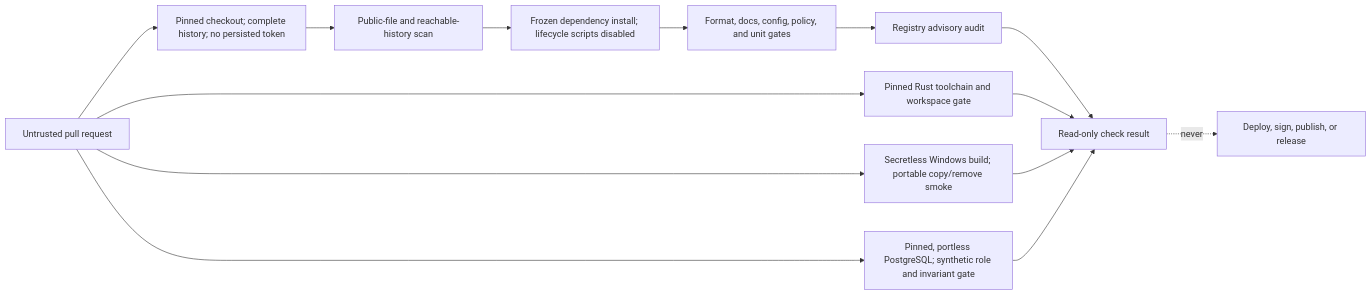
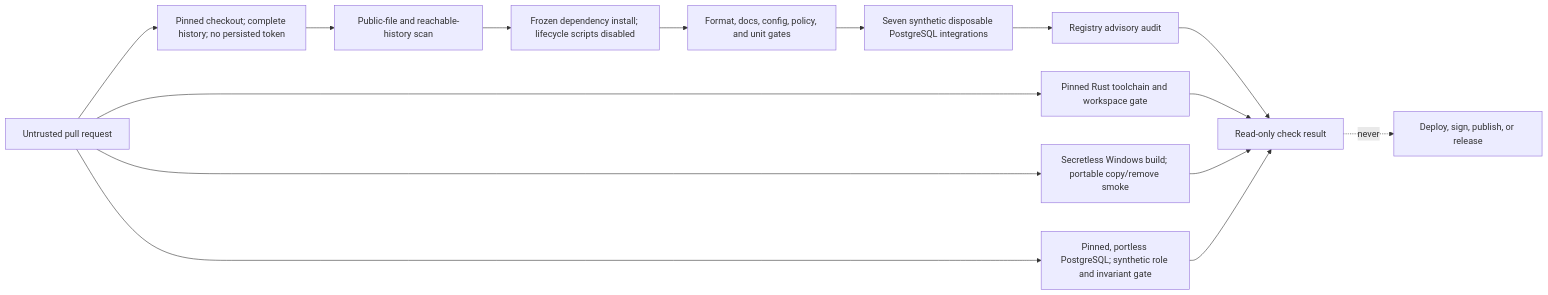
The diagram in docs/architecture/CI_TRUST_MODEL.md (Tah10n/viberacing), drawn with Mermaid before and after one commit. The commit also changed other lines of this file and 22 other files, not shown here.

Commit message:
test: exercise Web routes with PostgreSQL

````diff
--- a/docs/architecture/CI_TRUST_MODEL.md
+++ b/docs/architecture/CI_TRUST_MODEL.md
@@ -15,16 +15,17 @@
 ```mermaid
 flowchart LR
   PR["Untrusted pull request"] --> CO["Pinned checkout; complete history; no persisted token"]
   CO --> PS["Public-file and reachable-history scan"]
   PS --> DI["Frozen dependency install; lifecycle scripts disabled"]
   DI --> VG["Format, docs, config, policy, and unit gates"]
-  VG --> AU["Registry advisory audit"]
+  VG --> PG["Seven synthetic disposable PostgreSQL integrations"]
+  PG --> AU["Registry advisory audit"]
   PR --> RT["Pinned Rust toolchain and workspace gate"]
   PR --> WP["Secretless Windows build; portable copy/remove smoke"]
   PR --> DB["Pinned, portless PostgreSQL; synthetic role and invariant gate"]
   AU --> R["Read-only check result"]
   RT --> R
   WP --> R
   DB --> R
   R -. "never" .-> DP["Deploy, sign, publish, or release"]
 ```
````
